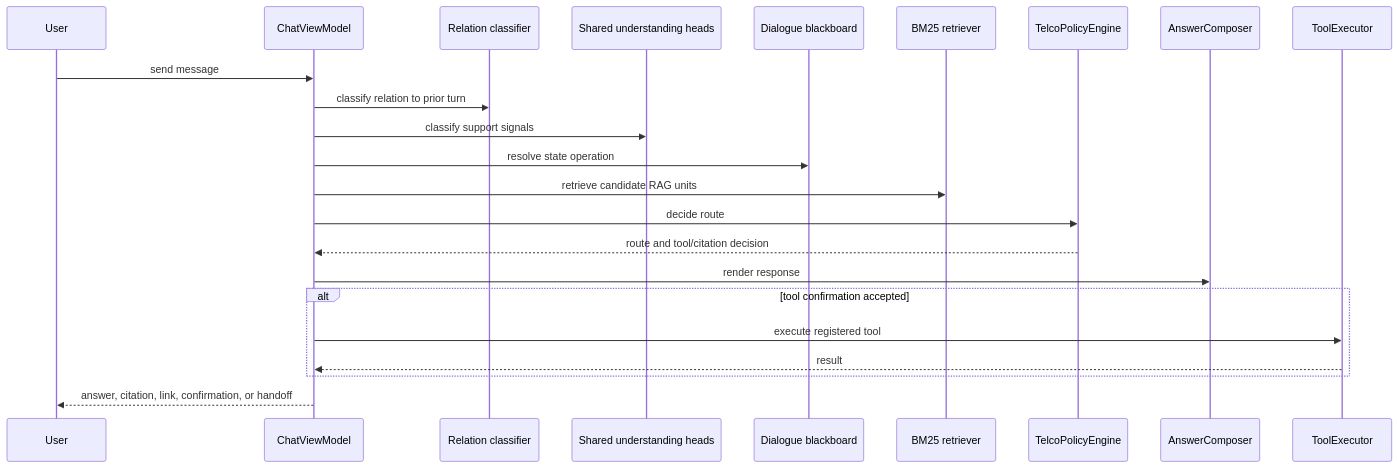
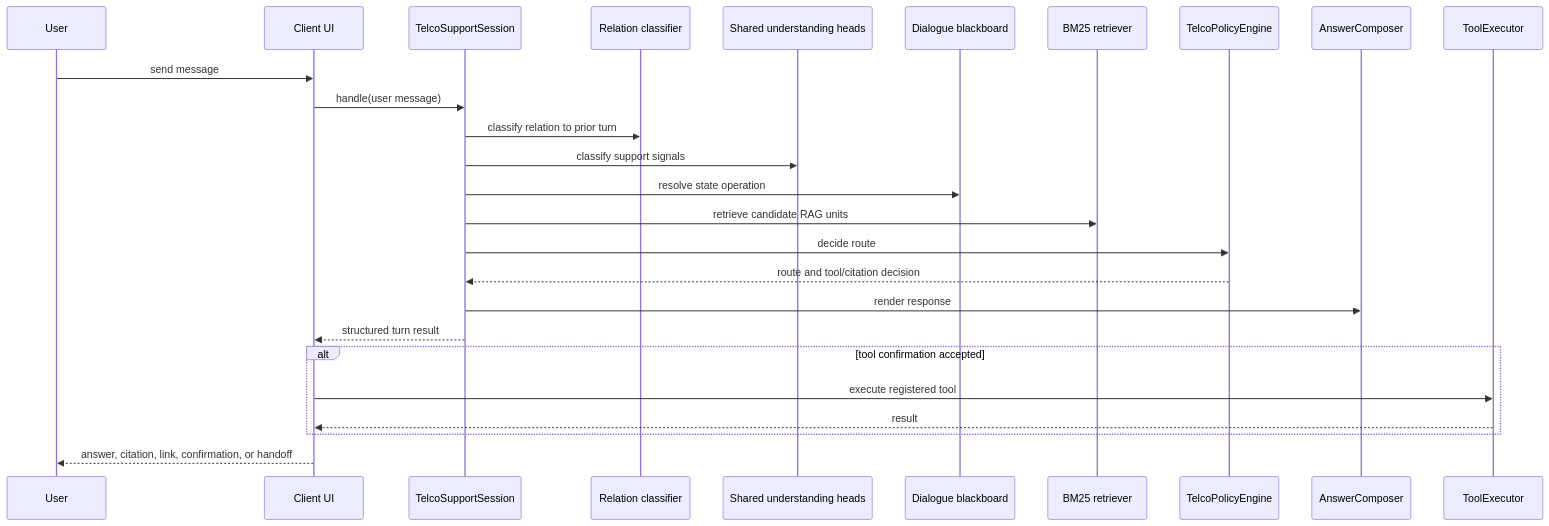
The third of 3 diagrams in examples/telco-triage-ios/ARCHITECTURE.md (isamusuga/cookbook), drawn with Mermaid before and after one commit. The commit also changed other lines of this file and 44 other files, not shown here.

````diff
--- a/examples/telco-triage-ios/ARCHITECTURE.md
+++ b/examples/telco-triage-ios/ARCHITECTURE.md
@@ -407,26 +408,29 @@
 ```mermaid
 sequenceDiagram
     participant User
-    participant UI as ChatViewModel
+    participant UI as Client UI
+    participant Session as TelcoSupportSession
     participant Relation as Relation classifier
     participant Heads as Shared understanding heads
     participant State as Dialogue blackboard
     participant RAG as BM25 retriever
     participant Policy as TelcoPolicyEngine
     participant Composer as AnswerComposer
     participant Tool as ToolExecutor
 
     User->>UI: send message
-    UI->>Relation: classify relation to prior turn
-    UI->>Heads: classify support signals
-    UI->>State: resolve state operation
-    UI->>RAG: retrieve candidate RAG units
-    UI->>Policy: decide route
-    Policy-->>UI: route and tool/citation decision
-    UI->>Composer: render response
+    UI->>Session: handle(user message)
+    Session->>Relation: classify relation to prior turn
+    Session->>Heads: classify support signals
+    Session->>State: resolve state operation
+    Session->>RAG: retrieve candidate RAG units
+    Session->>Policy: decide route
+    Policy-->>Session: route and tool/citation decision
+    Session->>Composer: render response
+    Session-->>UI: structured turn result
     alt tool confirmation accepted
         UI->>Tool: execute registered tool
         Tool-->>UI: result
     end
     UI-->>User: answer, citation, link, confirmation, or handoff
 ```
````
